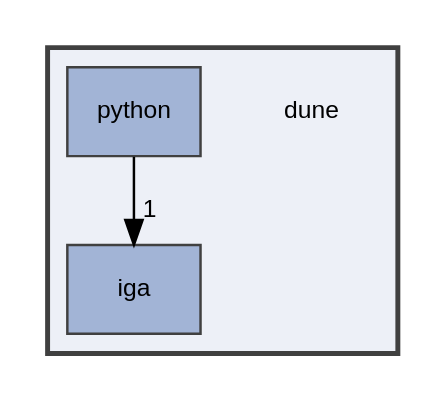
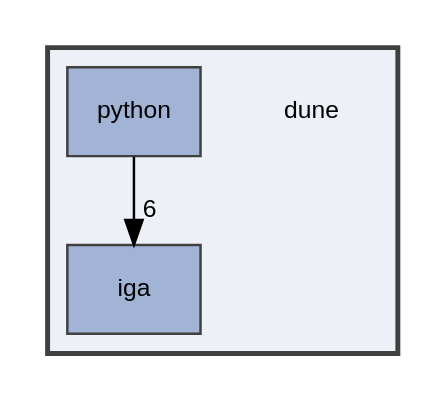
The diagram in dir_5e69be5995c9f5d42bf491ae6f29600e_dep.dot (rath3t/dune-iga-doc), drawn with Graphviz before and after one commit. The commit also changed 1789 other files, not shown here.

```diff
--- a/dir_5e69be5995c9f5d42bf491ae6f29600e_dep.dot
+++ b/dir_5e69be5995c9f5d42bf491ae6f29600e_dep.dot
@@ -1,14 +1,14 @@
 digraph "dune"
 {
  // LATEX_PDF_SIZE
   edge [fontname="Helvetica",fontsize="10",labelfontname="Helvetica",labelfontsize="10"];
   node [fontname="Helvetica",fontsize="10",shape=record];
   compound=true
   subgraph clusterdir_5e69be5995c9f5d42bf491ae6f29600e {
     graph [ bgcolor="#edf0f7", pencolor="grey25", style="filled,bold,", label="", fontname="Helvetica", fontsize="10", URL="dir_5e69be5995c9f5d42bf491ae6f29600e.html"]
     dir_5e69be5995c9f5d42bf491ae6f29600e [shape=plaintext, label="dune"];
   dir_d2a3c23294a1b1015b1b8e8721ddded8 [shape=box, label="iga", style="filled,", fillcolor="#a2b4d6", color="grey25", URL="dir_d2a3c23294a1b1015b1b8e8721ddded8.html"];
   dir_e42d0074801678c644b0e137d50ef233 [shape=box, label="python", style="filled,", fillcolor="#a2b4d6", color="grey25", URL="dir_e42d0074801678c644b0e137d50ef233.html"];
   }
-  dir_e42d0074801678c644b0e137d50ef233->dir_d2a3c23294a1b1015b1b8e8721ddded8 [headlabel="1", labeldistance=1.5 headhref="dir_000016_000010.html"];
+  dir_e42d0074801678c644b0e137d50ef233->dir_d2a3c23294a1b1015b1b8e8721ddded8 [headlabel="6", labeldistance=1.5 headhref="dir_000008_000005.html"];
 }
```
